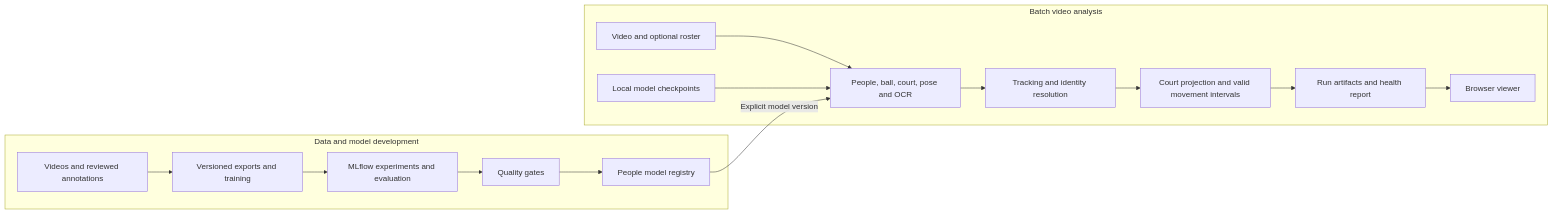
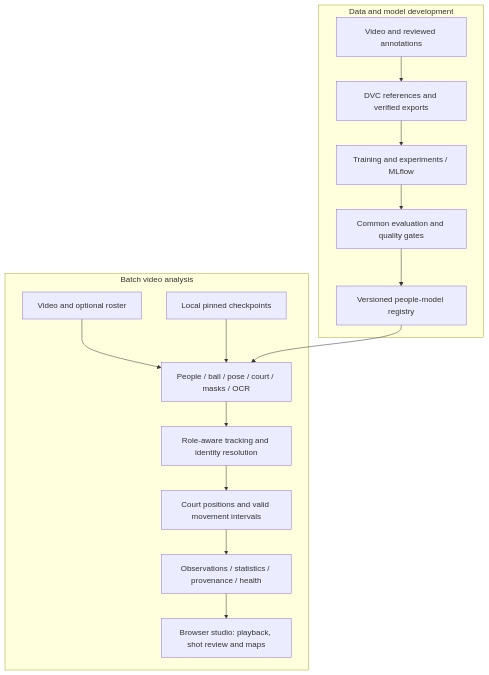
One commit to ErwanMouras/basket-ai-analysis changed the diagram in README.md. Above: the diagram before and after it, drawn with Mermaid. The commit also changed other lines of this file and 2 other files, not shown here.

````diff
--- a/README.md
+++ b/README.md
@@ -91,18 +140,18 @@
 ```mermaid
-flowchart LR
+flowchart TD
     subgraph Development[Data and model development]
-        D[Videos and reviewed annotations] --> E[Versioned exports and training]
-        E --> X[MLflow experiments and evaluation]
-        X --> Q[Quality gates]
-        Q --> R[People model registry]
+        A[Video and reviewed annotations] --> B[DVC references and verified exports]
+        B --> C[Training and experiments / MLflow]
+        C --> D[Common evaluation and quality gates]
+        D --> E[Versioned people-model registry]
     end
     subgraph Analysis[Batch video analysis]
-        V[Video and optional roster] --> P[People, ball, court, pose and OCR]
-        R -->|Explicit model version| P
-        W[Local model checkpoints] --> P
-        P --> T[Tracking and identity resolution]
-        T --> M[Court projection and valid movement intervals]
-        M --> A[Run artifacts and health report]
-        A --> U[Browser viewer]
+        F[Video and optional roster] --> G[People / ball / pose / court / masks / OCR]
+        E --> G
+        H[Local pinned checkpoints] --> G
+        G --> I[Role-aware tracking and identity resolution]
+        I --> J[Court positions and valid movement intervals]
+        J --> K[Observations / statistics / provenance / health]
+        K --> L[Browser studio: playback, shot review and maps]
     end
 ```
````
